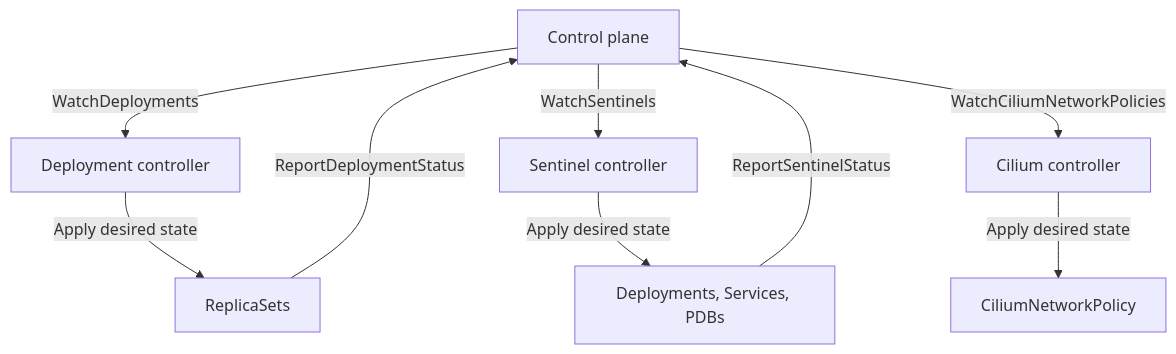
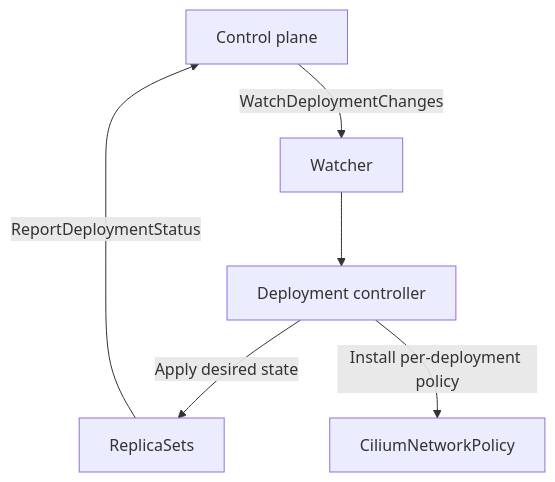
One commit to unkeyed/unkey changed the diagram in docs/engineering/architecture/services/krane/overview.mdx. Above: the diagram before and after it, drawn with Mermaid. The commit also changed other lines of this file and 66 other files, not shown here.

````diff
--- a/docs/engineering/architecture/services/krane/overview.mdx
+++ b/docs/engineering/architecture/services/krane/overview.mdx
@@ -40,13 +39,10 @@
 ```mermaid
 flowchart TD
-  Ctrl[Control plane] -->|WatchDeployments| DeployCtrl[Deployment controller]
-  Ctrl -->|WatchSentinels| SentinelCtrl[Sentinel controller]
-  Ctrl -->|WatchCiliumNetworkPolicies| CiliumCtrl[Cilium controller]
+  Ctrl[Control plane] -->|WatchDeploymentChanges| Watcher[Watcher]
+  Watcher --> DeployCtrl[Deployment controller]
 
   DeployCtrl -->|Apply desired state| K8SDeploy[ReplicaSets]
-  SentinelCtrl -->|Apply desired state| K8SSentinel[Deployments, Services, PDBs]
-  CiliumCtrl -->|Apply desired state| K8SCilium[CiliumNetworkPolicy]
+  DeployCtrl -->|Install per-deployment policy| K8SCilium[CiliumNetworkPolicy]
 
   K8SDeploy -->|ReportDeploymentStatus| Ctrl
-  K8SSentinel -->|ReportSentinelStatus| Ctrl
 ```
````
